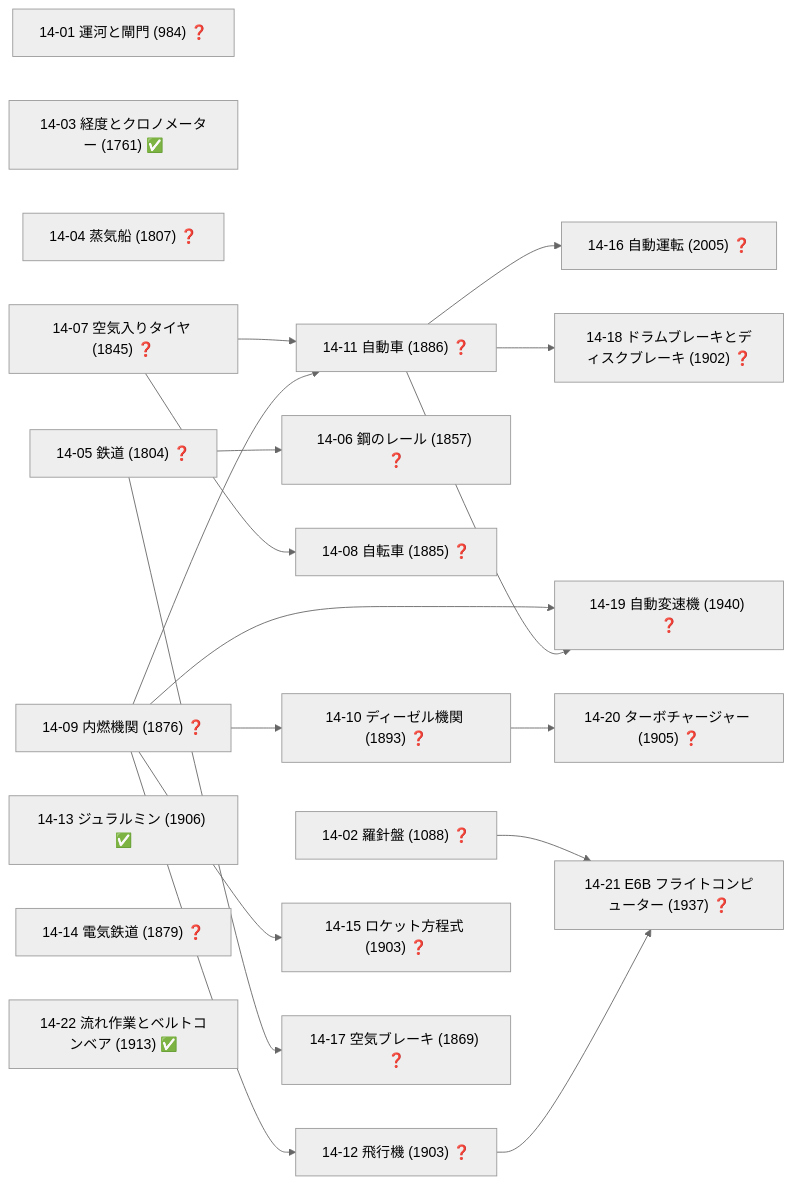
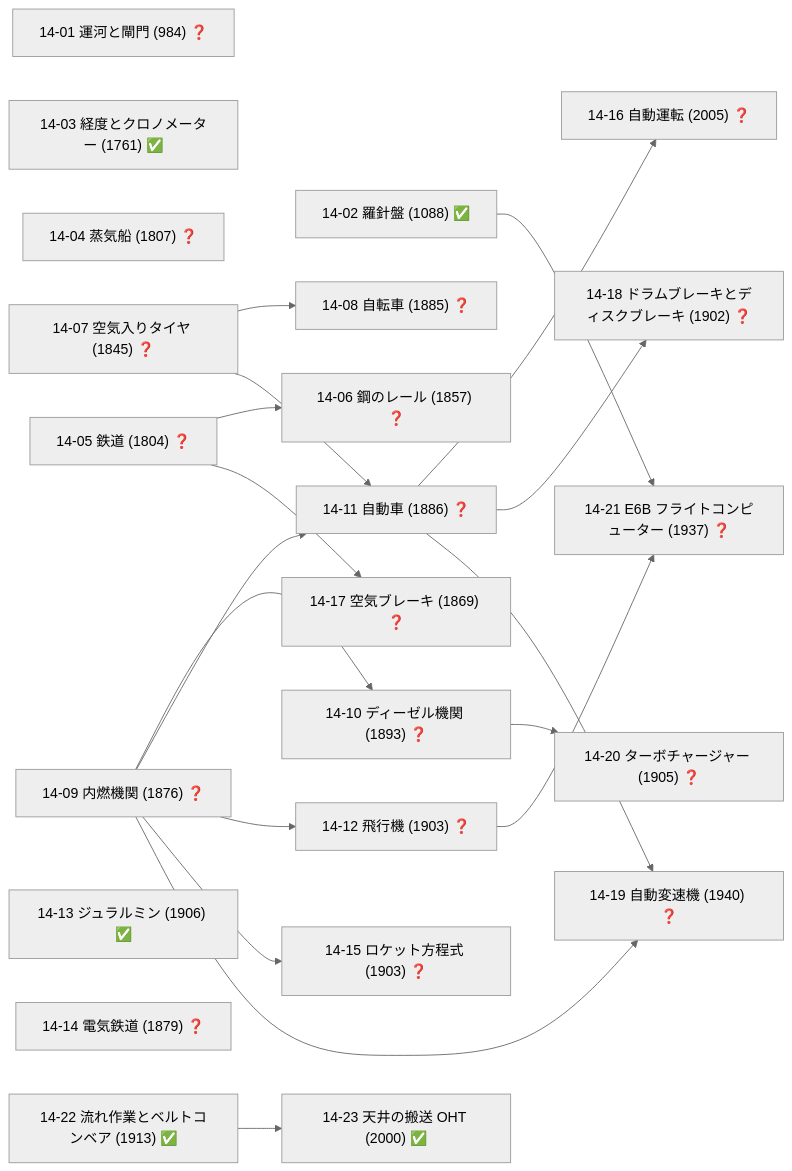
Before and after one commit to taku3i0317-collab/semiconductor-lab: diagram 17 of 19 in docs/TECH_TREE_VIEW.md, drawn with Mermaid (neutral theme). The commit also changed other lines of this file and 15 other files, not shown here.

````diff
--- a/docs/TECH_TREE_VIEW.md
+++ b/docs/TECH_TREE_VIEW.md
@@ -920,40 +920,42 @@
 ```mermaid
 graph LR
   n14_01["14-01 運河と閘門 (984) ❓"]
-  n14_02["14-02 羅針盤 (1088) ❓"]
+  n14_02["14-02 羅針盤 (1088) ✅"]
   n14_03["14-03 経度とクロノメーター (1761) ✅"]
   n14_04["14-04 蒸気船 (1807) ❓"]
   n14_05["14-05 鉄道 (1804) ❓"]
   n14_06["14-06 鋼のレール (1857) ❓"]
   n14_07["14-07 空気入りタイヤ (1845) ❓"]
   n14_08["14-08 自転車 (1885) ❓"]
   n14_09["14-09 内燃機関 (1876) ❓"]
   n14_10["14-10 ディーゼル機関 (1893) ❓"]
   n14_11["14-11 自動車 (1886) ❓"]
   n14_12["14-12 飛行機 (1903) ❓"]
   n14_13["14-13 ジュラルミン (1906) ✅"]
   n14_14["14-14 電気鉄道 (1879) ❓"]
   n14_15["14-15 ロケット方程式 (1903) ❓"]
   n14_16["14-16 自動運転 (2005) ❓"]
   n14_17["14-17 空気ブレーキ (1869) ❓"]
   n14_18["14-18 ドラムブレーキとディスクブレーキ (1902) ❓"]
   n14_19["14-19 自動変速機 (1940) ❓"]
   n14_20["14-20 ターボチャージャー (1905) ❓"]
   n14_21["14-21 E6B フライトコンピューター (1937) ❓"]
   n14_22["14-22 流れ作業とベルトコンベア (1913) ✅"]
+  n14_23["14-23 天井の搬送 OHT (2000) ✅"]
   n14_05-->n14_06
   n14_07-->n14_08
   n14_09-->n14_10
   n14_07-->n14_11
   n14_09-->n14_11
   n14_09-->n14_12
   n14_09-->n14_15
   n14_11-->n14_16
   n14_05-->n14_17
   n14_11-->n14_18
   n14_09-->n14_19
   n14_11-->n14_19
   n14_10-->n14_20
   n14_02-->n14_21
   n14_12-->n14_21
+  n14_22-->n14_23
 ```
````
